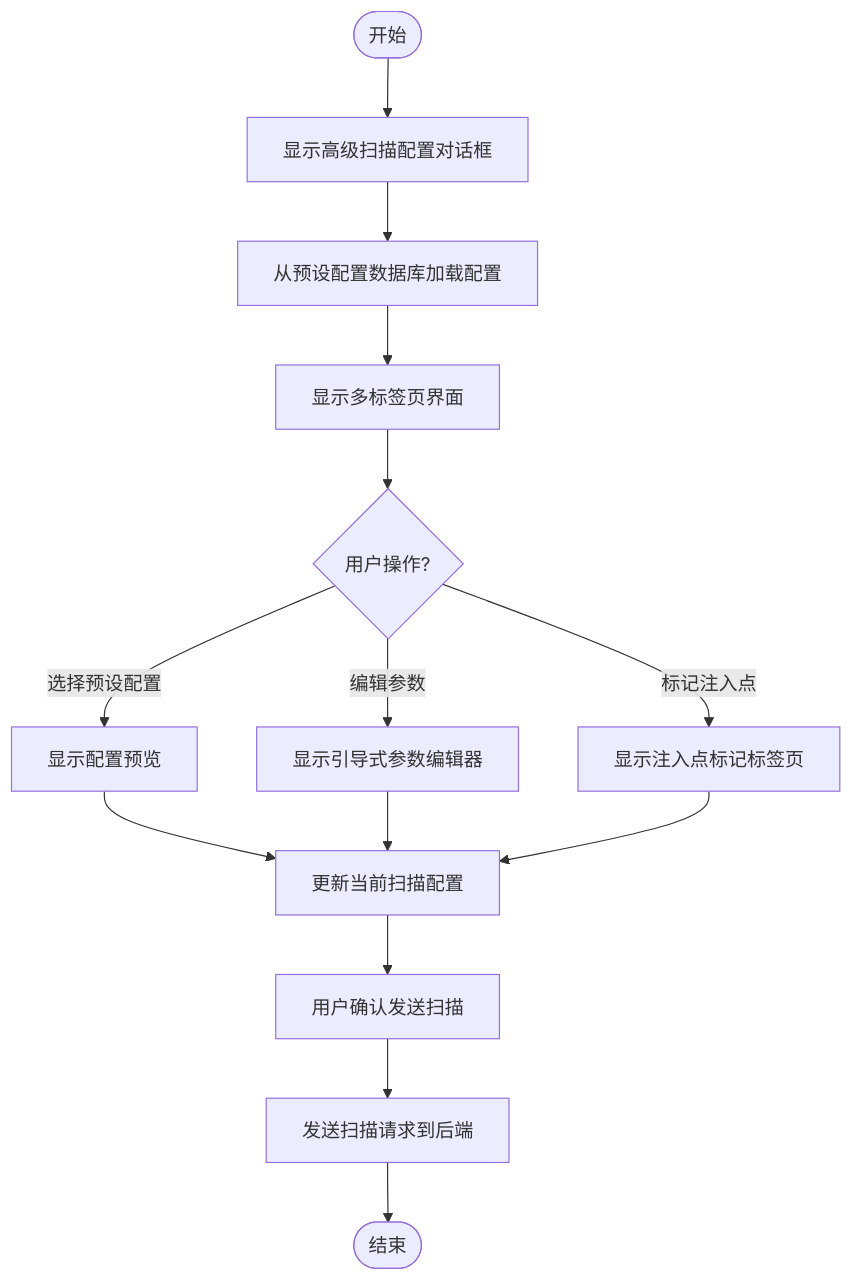
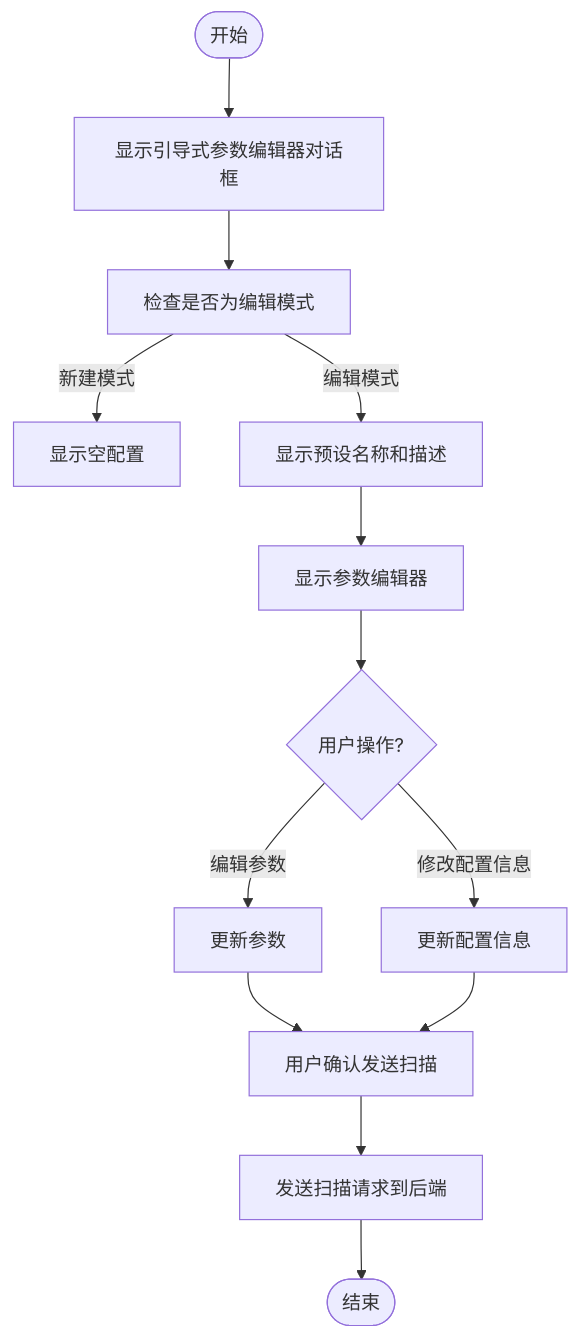
One commit to GitHubNull/sqlmapWebUI changed the seventh of 8 diagrams in .qoder/repowiki/zh/content/外部系统集成/Burp Suite插件集成/Burp Suite插件集成.md. Above: the diagram before and after it, drawn with Mermaid. The commit also changed other lines of this file and 9 other files, not shown here.

````diff
--- a/.qoder/repowiki/zh/content/外部系统集成/Burp Suite插件集成/Burp Suite插件集成.md
+++ b/.qoder/repowiki/zh/content/外部系统集成/Burp Suite插件集成/Burp Suite插件集成.md
@@ -260,16 +257,15 @@
 ```mermaid
 flowchart TD
-Start([开始]) --> ShowDialog["显示高级扫描配置对话框"]
-ShowDialog --> LoadPresets["从预设配置数据库加载配置"]
-LoadPresets --> DisplayTabs["显示多标签页界面"]
-DisplayTabs --> UserAction{"用户操作?"}
-UserAction -- 选择预设配置 --> ShowPreview["显示配置预览"]
-UserAction -- 编辑参数 --> ShowGuidedEditor["显示引导式参数编辑器"]
-UserAction -- 标记注入点 --> ShowInjectionTab["显示注入点标记标签页"]
-ShowPreview --> UpdateConfig["更新当前扫描配置"]
-ShowGuidedEditor --> UpdateConfig
-ShowInjectionTab --> UpdateConfig
-UpdateConfig --> ConfirmSend["用户确认发送扫描"]
+Start([开始]) --> ShowDialog["显示引导式参数编辑器对话框"]
+ShowDialog --> CheckMode["检查是否为编辑模式"]
+CheckMode -- 新建模式 --> ShowEmpty["显示空配置"]
+CheckMode -- 编辑模式 --> ShowPresetInfo["显示预设名称和描述"]
+ShowPresetInfo --> DisplayEditor["显示参数编辑器"]
+DisplayEditor --> UserAction{"用户操作?"}
+UserAction -- 编辑参数 --> UpdateParams["更新参数"]
+UserAction -- 修改配置信息 --> UpdatePresetInfo["更新配置信息"]
+UpdateParams --> ConfirmSend["用户确认发送扫描"]
+UpdatePresetInfo --> ConfirmSend
 ConfirmSend --> SendRequest["发送扫描请求到后端"]
 SendRequest --> End([结束])
 ```
````
